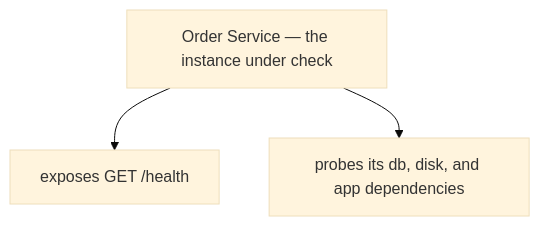
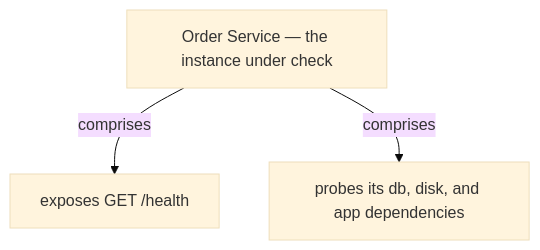
One commit to vinayakuber/microservices-io-study-guide changed the fifth of 13 diagrams in docs/ch35-health-check-api.md. Above: the diagram before and after it, drawn with Mermaid (base theme). The commit also changed other lines of this file and 71 other files, not shown here.

First line of the commit message:
R18: label every diagram arrow with its meaning

````diff
--- a/docs/ch35-health-check-api.md
+++ b/docs/ch35-health-check-api.md
@@ -204,6 +204,6 @@
 ```mermaid
 flowchart TD
   R["Order Service — the instance under check"]
-  R --> P0["exposes GET /health"]
-  R --> P1["probes its db, disk, and app dependencies"]
+  R -->|"comprises"| P0["exposes GET /health"]
+  R -->|"comprises"| P1["probes its db, disk, and app dependencies"]
 ```
````
